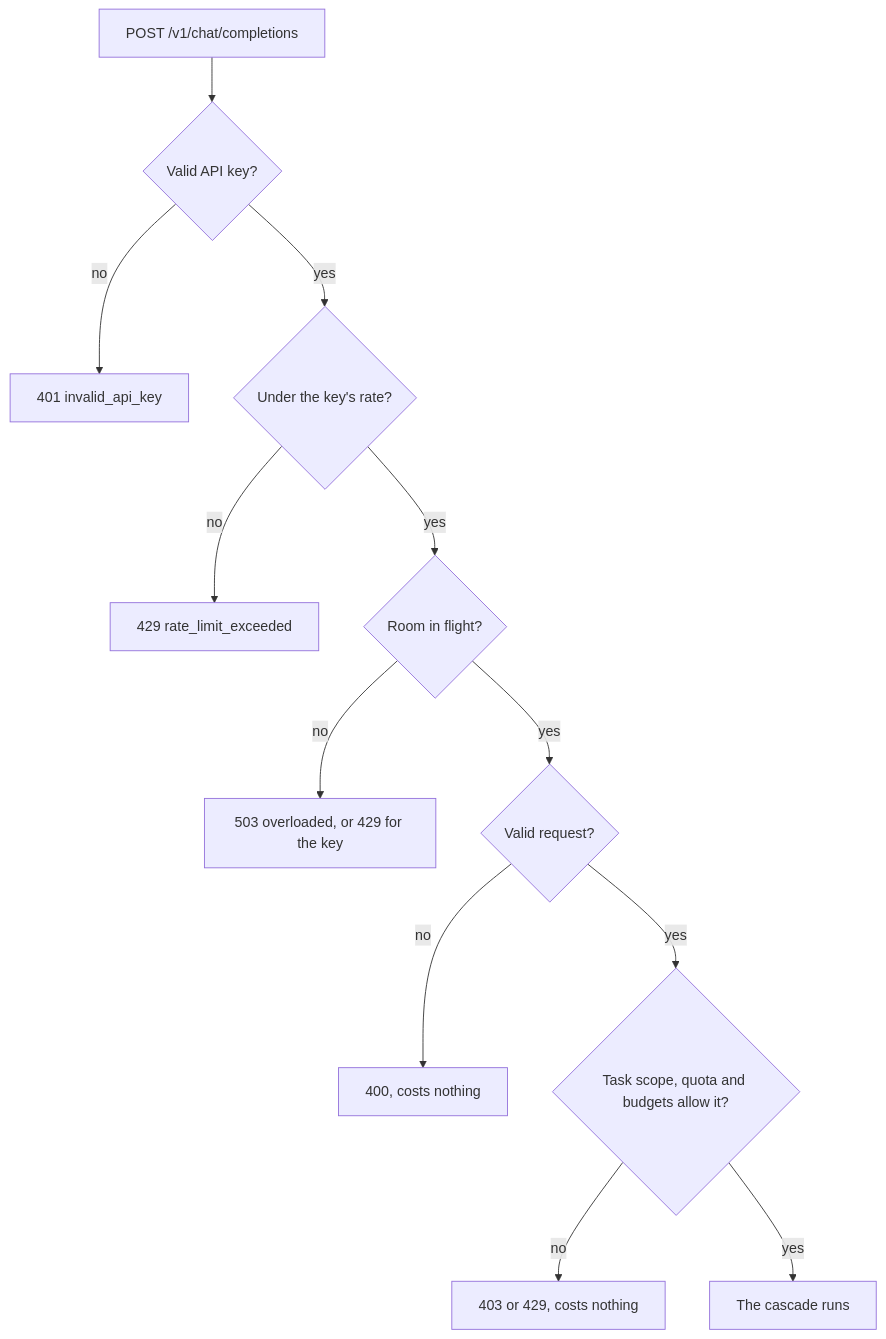
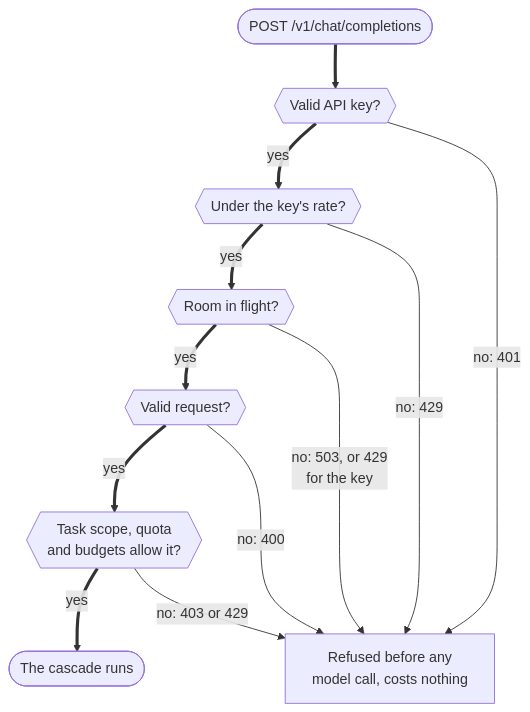
Before and after one commit to harshbhx/ratchet: the second of 4 diagrams in docs-site/src/content/docs/guides/security.mdx, drawn with Mermaid. The commit also changed other lines of this file and 25 other files, not shown here.

````diff
--- a/docs-site/src/content/docs/guides/security.mdx
+++ b/docs-site/src/content/docs/guides/security.mdx
@@ -65,14 +93,18 @@
 ```mermaid
-flowchart TD
-  A["POST /v1/chat/completions"] --> K{"Valid API key?"}
-  K -->|no| R1["401 invalid_api_key"]
-  K -->|yes| RT{"Under the key's rate?"}
-  RT -->|no| R2["429 rate_limit_exceeded"]
-  RT -->|yes| IF{"Room in flight?"}
-  IF -->|no| R3["503 overloaded, or 429 for the key"]
-  IF -->|yes| V{"Valid request?"}
-  V -->|no| R4["400, costs nothing"]
-  V -->|yes| Q{"Task scope, quota and budgets allow it?"}
-  Q -->|no| R5["403 or 429, costs nothing"]
-  Q -->|yes| C["The cascade runs"]
+flowchart TB
+  A(["POST /v1/chat/completions"]) ==> K{{"Valid API key?"}}
+  K ==>|yes| RT{{"Under the key's rate?"}}
+  RT ==>|yes| IF{{"Room in flight?"}}
+  IF ==>|yes| V{{"Valid request?"}}
+  V ==>|yes| Q{{"Task scope, quota<br/>and budgets allow it?"}}
+  Q ==>|yes| C(["The cascade runs"])
+  K -->|"no: 401"| R["Refused before any<br/>model call, costs nothing"]
+  RT -->|"no: 429"| R
+  IF -->|"no: 503, or 429<br/>for the key"| R
+  V -->|"no: 400"| R
+  Q -->|"no: 403 or 429"| R
+
+  class K,RT,IF,V,Q gate
+  class R danger
+  class C ok
 ```
````
